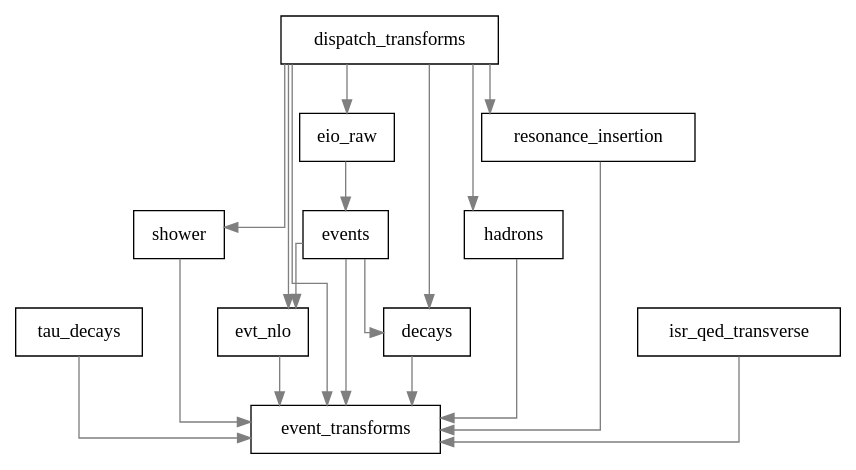
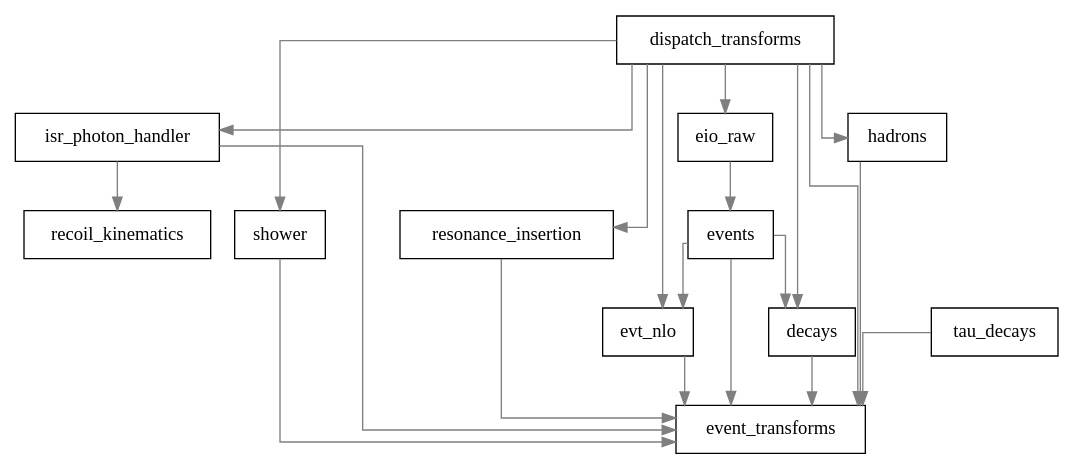
Before and after one commit to bendavid/whizard: the diagram in share/doc/transforms.dot, drawn with Graphviz. The commit also changed 606 other files, not shown here.

```diff
--- a/share/doc/transforms.dot
+++ b/share/doc/transforms.dot
@@ -1,25 +1,27 @@
 
 digraph G {
 concentrate=true
 splines=ortho
 node[shape=record,style=filled,fillcolor=white]
 edge[color=gray50]
-tau_decays -> event_transforms
+isr_photon_handler -> recoil_kinematics
 shower -> event_transforms
 dispatch_transforms -> shower
 dispatch_transforms -> evt_nlo
-events -> decays
-dispatch_transforms -> hadrons
+tau_decays -> event_transforms
 dispatch_transforms -> decays
+dispatch_transforms -> isr_photon_handler
 evt_nlo -> event_transforms
 events -> event_transforms
+dispatch_transforms -> resonance_insertion
+eio_raw -> events
+dispatch_transforms -> hadrons
 hadrons -> event_transforms
 resonance_insertion -> event_transforms
-eio_raw -> events
+events -> decays
 decays -> event_transforms
-isr_qed_transverse -> event_transforms
-dispatch_transforms -> resonance_insertion
+dispatch_transforms -> eio_raw
 dispatch_transforms -> event_transforms
 events -> evt_nlo
-dispatch_transforms -> eio_raw
+isr_photon_handler -> event_transforms
  }
```
